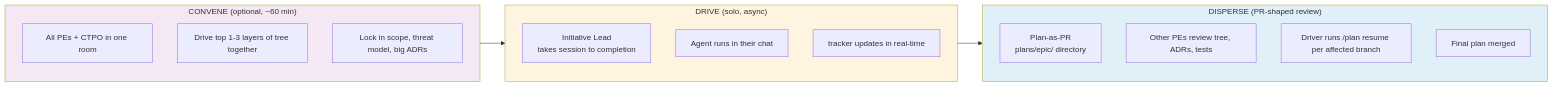
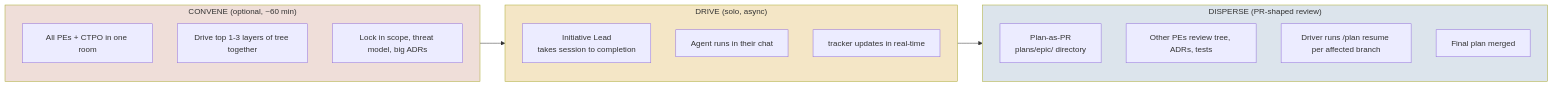
Before and after one commit to nlawstudio/ai-refinement-method: diagram 14 of 17 in METHOD.md, drawn with Mermaid. The commit also changed other lines of this file and 1 other file, not shown here.

````diff
--- a/METHOD.md
+++ b/METHOD.md
@@ -1102,28 +1123,28 @@
 ```mermaid
 flowchart LR
     subgraph Convene["CONVENE (optional, ~60 min)"]
         C1[All PEs + CTPO in one room]
         C2[Drive top 1-3 layers of tree together]
         C3[Lock in scope, threat model, big ADRs]
     end
 
     subgraph Drive["DRIVE (solo, async)"]
         D1[Initiative Lead<br/>takes session to completion]
         D2[Agent runs in their chat]
         D3[tracker updates in real-time]
     end
 
     subgraph Disperse["DISPERSE (PR-shaped review)"]
         DI1[Plan-as-PR<br/>plans/epic/ directory]
         DI2[Other PEs review tree, ADRs, tests]
         DI3[Driver runs /plan resume per affected branch]
         DI4[Final plan merged]
     end
 
     Convene --> Drive
     Drive --> Disperse
 
-    style Convene fill:#f4e8f4
-    style Drive fill:#fff4e0
-    style Disperse fill:#e0f0f8
+    style Convene fill:#EFDED9
+    style Drive fill:#F4E6C6
+    style Disperse fill:#DCE4EC
 ```
````
